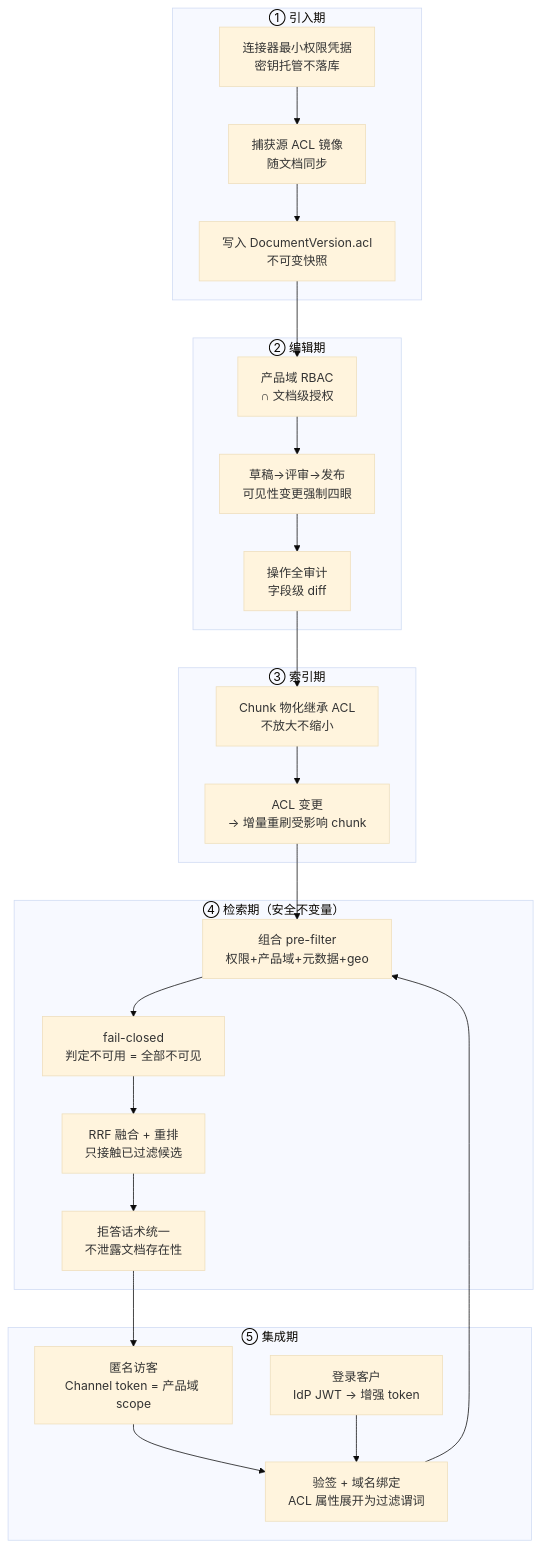
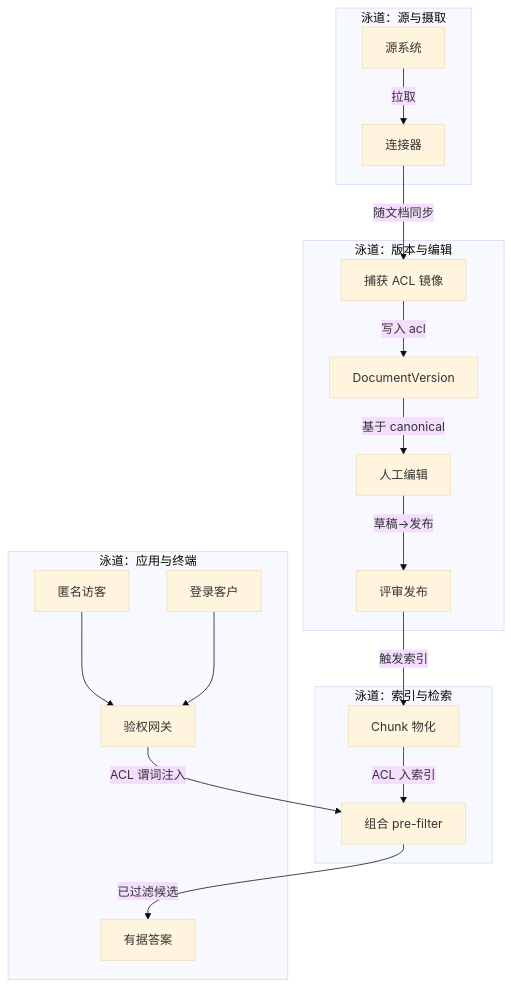
One commit to ThreeFish-AI/negentropy changed the diagram in docs/assets/mermaid/design/knowledge-base-platform--permission-chain.mmd. Above: the diagram before and after it, drawn with Mermaid (base theme). The commit also changed 7 other files, not shown here.

First line of the commit message:
docs(knowledge-platform): 评审对账修复——gap-analysis 钉定 I-245 前基线（as-of commit+主结论/§6/§9 注记）与 12 权限计数、D2-C1 选型回写 ADR-0002（pg_textsearch 主选）、方案 §5-F11 勘误为调研编号、P2-7 删无关 F10 依据、knowledge-map 四行归位系统概念与设计节、architecture/permission-chain 图源回写与入库 candidate 逐项同构（卡片/泳道注释留档）、mermaid README 与消费图注口径对齐（四泳道四阶段）;

```diff
--- a/docs/assets/mermaid/design/knowledge-base-platform--permission-chain.mmd
+++ b/docs/assets/mermaid/design/knowledge-base-platform--permission-chain.mmd
@@ -1,46 +1,47 @@
 %%source: docs/concepts/design/knowledge-base-platform.md §5 权限管控（全链路权限流 + 身份四平面）
 %%slug: design/knowledge-base-platform--permission-chain
 %%type: workflow
-%%derived: 新创作，无原文 mermaid 块；五阶段权限链路（引入→编辑→索引→检索→集成），fail-closed 不变量
+%%derived: 新创作，无原文 mermaid 块；权限全链路：四泳道（源与摄取→版本与编辑→索引与检索→应用与终端）×四阶段（引入期→编辑与身份→索引与验权→检索交付），fail-closed 不变量
 %%fix: 评审 R2——M2「可选四眼」改为「可见性变更强制四眼」，与 §2.3/§5.2 一致
+%%fix: 源/图对账回写——图体与已入库 candidate（docs/diagrams/knowledge-base-platform--permission-chain/）节点/边/标签逐项同构：五阶段收敛为四泳道×四阶段（操作全审计由 architecture 图「审计日志」节点与权限平面承载，desktop-readability 收窄不设独立节点）、补「源系统」节点、删不可满足的 T4→W1 回边；泳道×阶段网格/双轨分组/卡片见 %%注释（建模与回执锚以 candidate JSON 为准）
+%%lane×phase 网格：列头=引入期/编辑与身份/索引与验权/检索交付（candidate phases）
+%%group: 内容轨——ACL 随文档流转（src→conn→aclcap→ver→edit→pub→mat→prefilter）
+%%group: 身份轨——终端验权（anon/cust→gate，在 pre-filter 合流为过滤谓词）
+%%card: 安全不变量（rose）——pre-filter fail-closed：判定不可用 = 全部不可见 / 融合与重排只接触已过滤候选，绝不后过滤 top-k / 拒答话术统一，不泄露「文档存在但无权限」
+%%card: 双轨合流（cyan）——内容轨（引入→编辑→索引）携带 ACL 物化流转 / 身份轨（匿名产品域 / 登录客户 ACL）在检索期合流为过滤谓词
 flowchart TD
-  subgraph IN["① 引入期"]
-    N1["连接器最小权限凭据<br/>密钥托管不落库"]
-    N2["捕获源 ACL 镜像<br/>随文档同步"]
-    N3["写入 DocumentVersion.acl<br/>不可变快照"]
-    N1 --> N2 --> N3
+  subgraph LN1["泳道：源与摄取"]
+    SRC["源系统"]
+    CONN["连接器"]
   end
 
-  subgraph ED["② 编辑期"]
-    M1["产品域 RBAC<br/>∩ 文档级授权"]
-    M2["草稿→评审→发布<br/>可见性变更强制四眼"]
-    M3["操作全审计<br/>字段级 diff"]
-    M1 --> M2 --> M3
+  subgraph LN2["泳道：版本与编辑"]
+    ACL["捕获 ACL 镜像"]
+    VER["DocumentVersion"]
+    EDIT["人工编辑"]
+    PUB["评审发布"]
   end
 
-  subgraph IX["③ 索引期"]
-    X1["Chunk 物化继承 ACL<br/>不放大不缩小"]
-    X2["ACL 变更<br/>→ 增量重刷受影响 chunk"]
-    X1 --> X2
+  subgraph LN3["泳道：索引与检索"]
+    MAT["Chunk 物化"]
+    PRE["组合 pre-filter"]
   end
 
-  subgraph RT["④ 检索期（安全不变量）"]
-    T1["组合 pre-filter<br/>权限+产品域+元数据+geo"]
-    T2["fail-closed<br/>判定不可用 = 全部不可见"]
-    T3["RRF 融合 + 重排<br/>只接触已过滤候选"]
-    T4["拒答话术统一<br/>不泄露文档存在性"]
-    T1 --> T2 --> T3 --> T4
+  subgraph LN4["泳道：应用与终端"]
+    ANON["匿名访客"]
+    CUST["登录客户"]
+    GATE["验权网关"]
+    ANS["有据答案"]
   end
 
-  subgraph AP["⑤ 集成期"]
-    W1["匿名访客<br/>Channel token = 产品域 scope"]
-    W2["登录客户<br/>IdP JWT → 增强 token"]
-    W3["验签 + 域名绑定<br/>ACL 属性展开为过滤谓词"]
-    W1 & W2 --> W3
-  end
-
-  N3 --> M1
-  M3 --> X1
-  X2 --> T1
-  W3 --> T1
-  T4 --> W1
+  SRC -->|拉取| CONN
+  CONN -->|随文档同步| ACL
+  ACL -->|写入 acl| VER
+  VER -->|基于 canonical| EDIT
+  EDIT -->|草稿→发布| PUB
+  PUB -->|触发索引| MAT
+  MAT -->|ACL 入索引| PRE
+  ANON --> GATE
+  CUST --> GATE
+  GATE -->|ACL 谓词注入| PRE
+  PRE -->|已过滤候选| ANS
```
